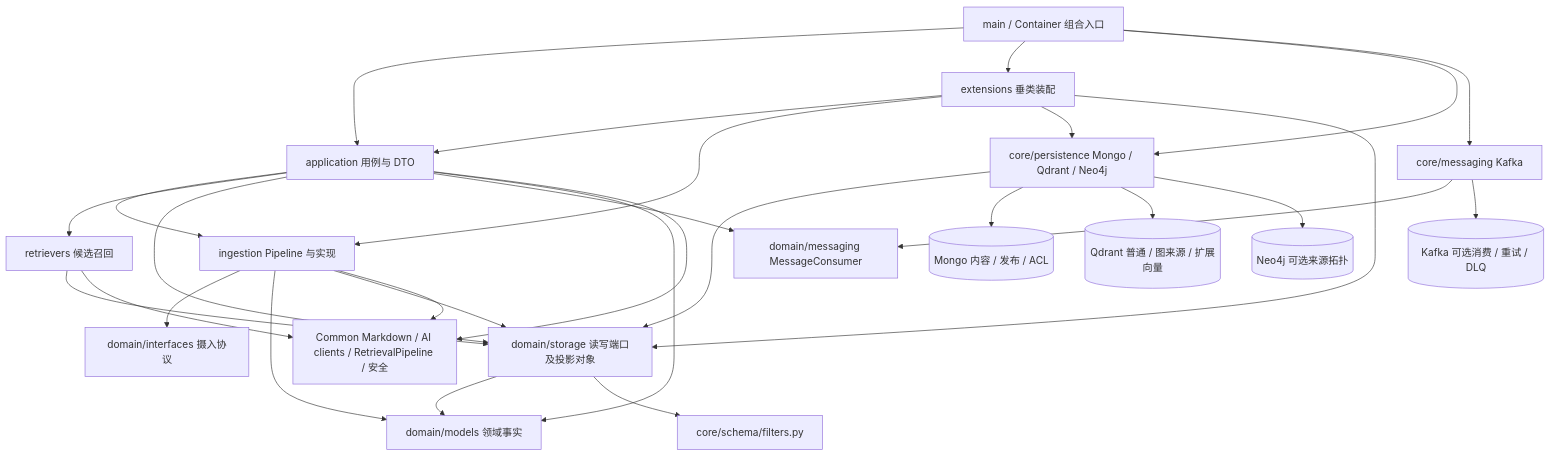
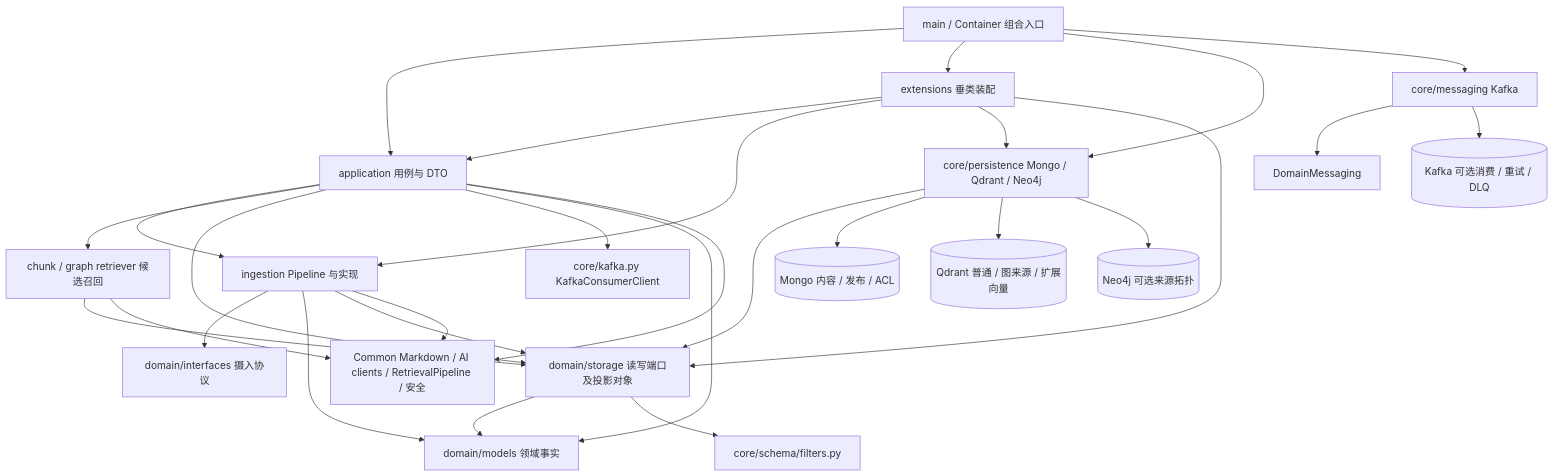
One commit to Oriole-FDU/WisePenCloud-AI changed the first of 4 diagrams in services/wisepen-rag-service/docs/architecture.md. Above: the diagram before and after it, drawn with Mermaid. The commit also changed other lines of this file and 88 other files, not shown here.

````diff
--- a/services/wisepen-rag-service/docs/architecture.md
+++ b/services/wisepen-rag-service/docs/architecture.md
@@ -10,31 +10,31 @@
 ```mermaid
 flowchart TB
     Main[main / Container 组合入口] --> App[application 用例与 DTO]
     Main --> Ext[extensions 垂类装配]
     Main --> Persistence[core/persistence Mongo / Qdrant / Neo4j]
     Main --> Messaging[core/messaging Kafka]
     Ext --> App
     Ext --> Ing[ingestion Pipeline 与实现]
     Ext --> Persistence
     Ext --> DomainStorage[domain/storage 读写端口及投影对象]
     App --> Ing
-    App --> Ret[retrievers 候选召回]
+    App --> Ret[chunk / graph retriever 候选召回]
     App --> DomainStorage
-    App --> DomainMessaging[domain/messaging MessageConsumer]
+    App --> KafkaClient[core/kafka.py KafkaConsumerClient]
     App --> DomainModels[domain/models 领域事实]
     Ing --> Interfaces[domain/interfaces 摄入协议]
     Ing --> DomainModels
     Ing --> DomainStorage
     Ret --> DomainStorage
     Persistence --> DomainStorage
     Messaging --> DomainMessaging
     DomainStorage --> DomainModels
     DomainStorage --> Filters[core/schema/filters.py]
     App --> Common[Common Markdown / AI clients / RetrievalPipeline / 安全]
     Ing --> Common
     Ret --> Common
     Persistence --> Mongo[(Mongo 内容 / 发布 / ACL)]
     Persistence --> Qdrant[(Qdrant 普通 / 图来源 / 扩展向量)]
     Persistence --> Neo[(Neo4j 可选来源拓扑)]
     Messaging --> Kafka[(Kafka 可选消费 / 重试 / DLQ)]
 ```
````
